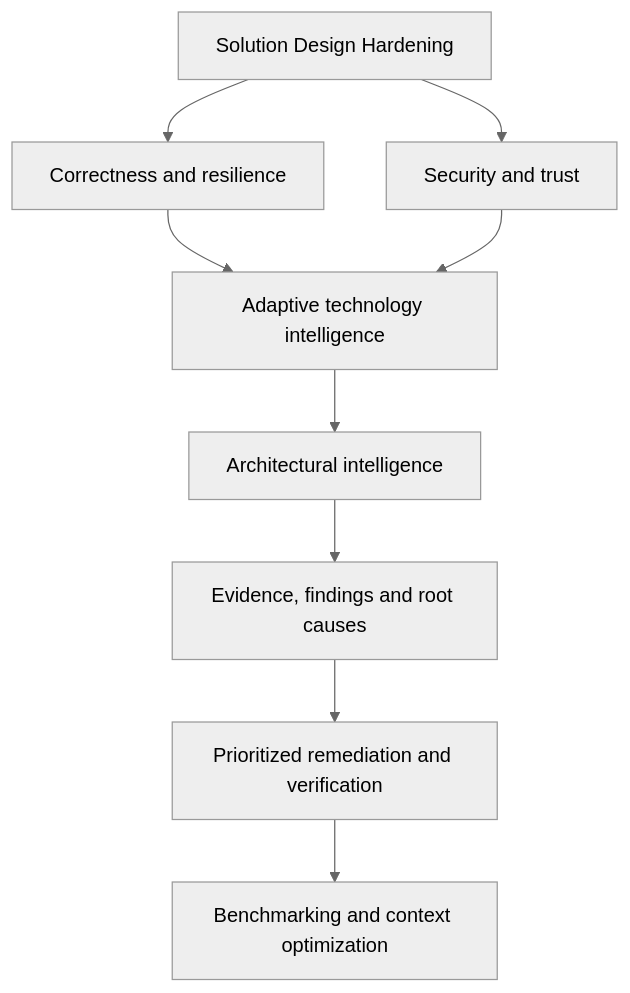
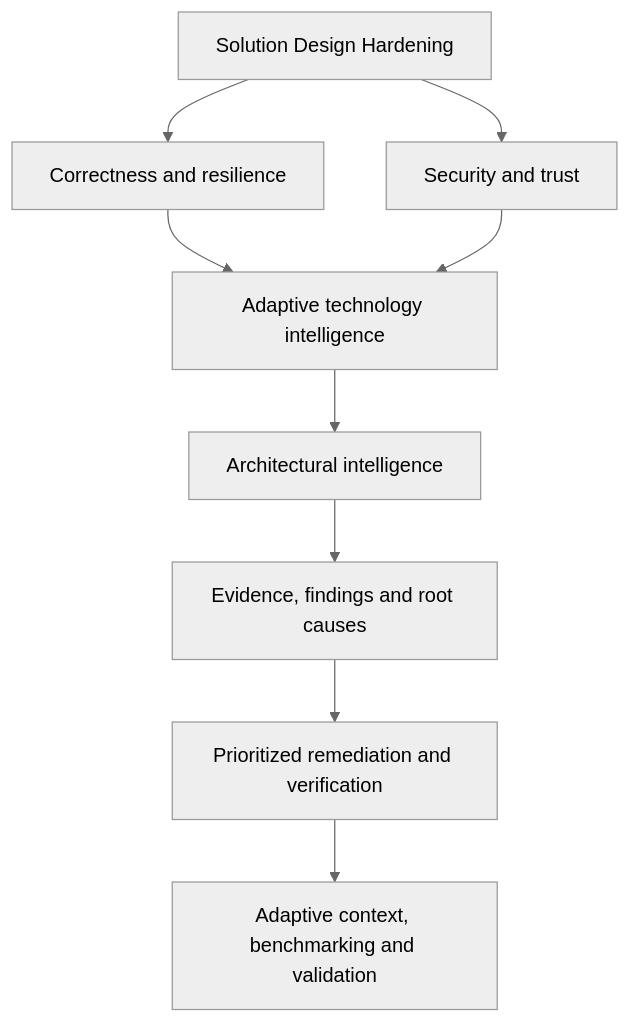
The first of 9 diagrams in README.md (ameralqarallih-lgtm/solution-design-hardening), drawn with Mermaid (neutral theme) before and after one commit. The commit also changed other lines of this file, not shown here.

First line of the commit message:
Update README for RC2 adaptive context

````diff
--- a/README.md
+++ b/README.md
@@ -24,11 +24,11 @@
 ```mermaid
 flowchart TD
     A[Solution Design Hardening] --> B[Correctness and resilience]
     A --> C[Security and trust]
     B --> D[Adaptive technology intelligence]
     C --> D
     D --> E[Architectural intelligence]
     E --> F[Evidence, findings and root causes]
     F --> G[Prioritized remediation and verification]
-    G --> H[Benchmarking and context optimization]
+    G --> H[Adaptive context, benchmarking and validation]
 ```
````
